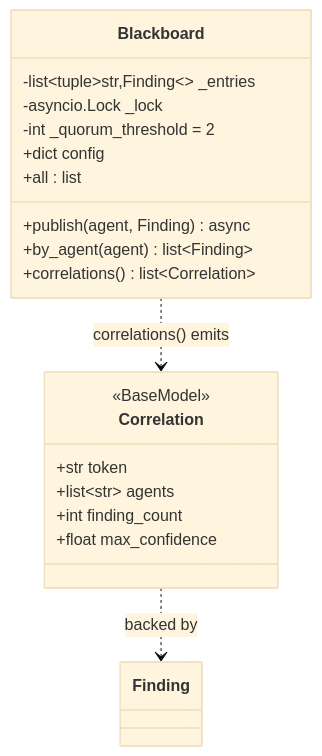
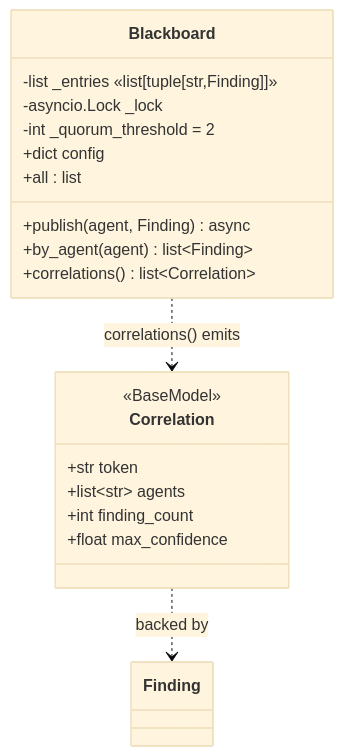
Before and after one commit to galvangabriel-web/agentropix-mcp: the third of 6 diagrams in docs/03-data/data-models.md, drawn with Mermaid (base theme). The commit also changed other lines of this file and 20 other files, not shown here.

First line of the commit message:
Diagram readability pass (workflow): redesign diagrams for size/clarity + audit log

````diff
--- a/docs/03-data/data-models.md
+++ b/docs/03-data/data-models.md
@@ -171,22 +176,22 @@
 ```mermaid
 classDiagram
     class Blackboard {
-        -list~tuple~str,Finding~~ _entries
+        -list _entries  «list[tuple[str,Finding]]»
         -asyncio.Lock _lock
         -int _quorum_threshold = 2
         +dict config
         +publish(agent, Finding) async
         +all : list
         +by_agent(agent) list~Finding~
         +correlations() list~Correlation~
     }
     class Correlation {
         <<BaseModel>>
         +str token
         +list~str~ agents
         +int finding_count
         +float max_confidence
     }
     Blackboard ..> Correlation : correlations() emits
     Correlation ..> Finding : backed by
 ```
````
